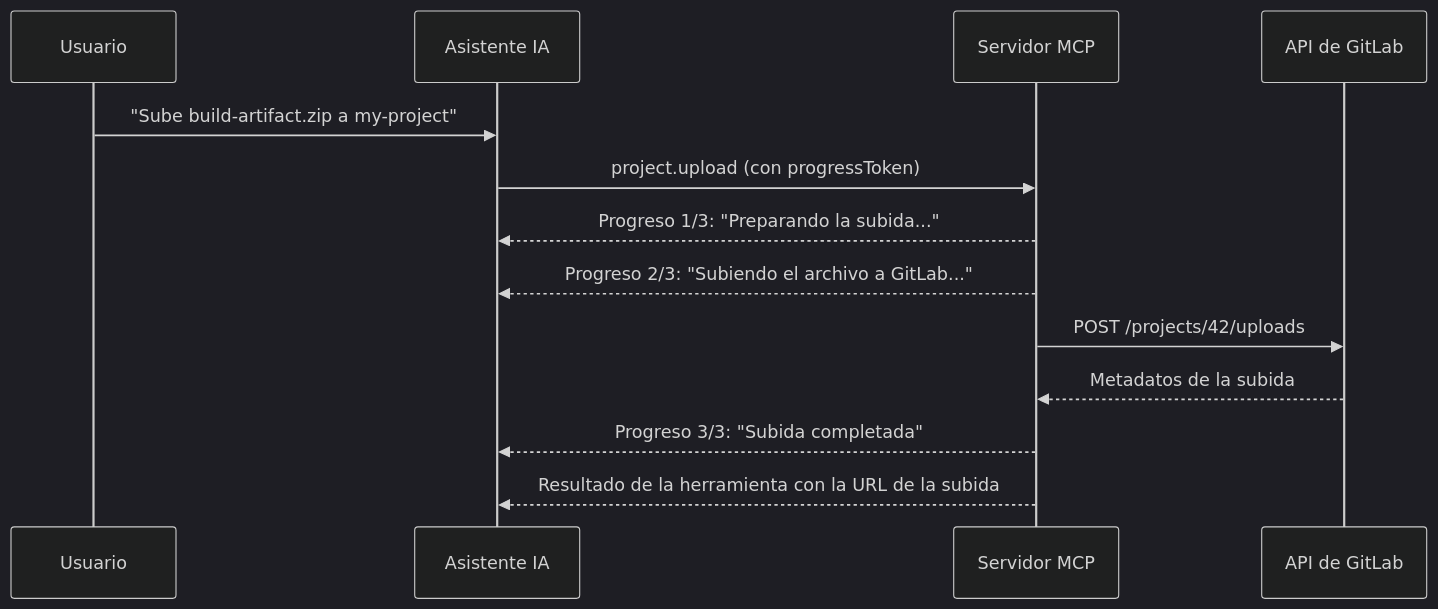
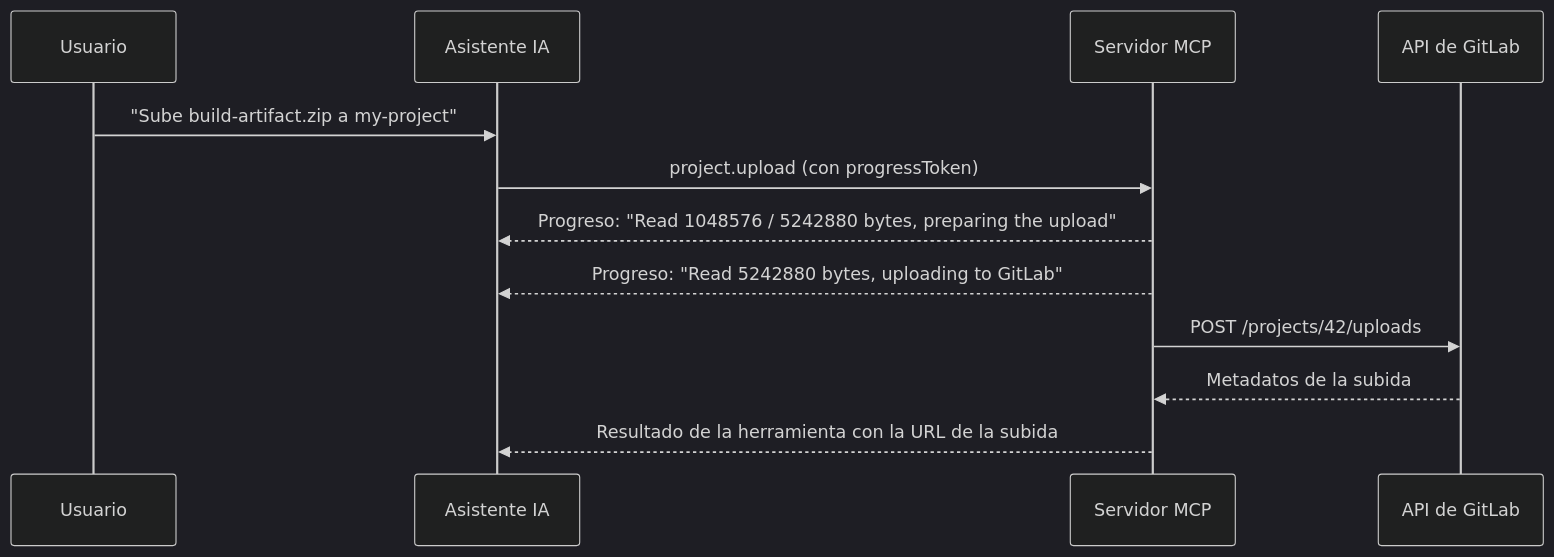
The diagram in site/src/content/docs/es/capabilities/progress.mdx (jmrplens/gitlab-mcp-server), drawn with Mermaid (dark theme) before and after one commit. The commit also changed other lines of this file and 93 other files, not shown here.

````diff
--- a/site/src/content/docs/es/capabilities/progress.mdx
+++ b/site/src/content/docs/es/capabilities/progress.mdx
@@ -26,16 +26,15 @@
 ```mermaid
 sequenceDiagram
     participant U as Usuario
     participant AI as Asistente IA
     participant S as Servidor MCP
     participant GL as API de GitLab
 
     U->>AI: "Sube build-artifact.zip a my-project"
     AI->>S: project.upload (con progressToken)
-    S-->>AI: Progreso 1/3: "Preparando la subida..."
-    S-->>AI: Progreso 2/3: "Subiendo el archivo a GitLab..."
+    S-->>AI: Progreso: "Read 1048576 / 5242880 bytes, preparing the upload"
+    S-->>AI: Progreso: "Read 5242880 bytes, uploading to GitLab"
     S->>GL: POST /projects/42/uploads
     GL-->>S: Metadatos de la subida
-    S-->>AI: Progreso 3/3: "Subida completada"
     S-->>AI: Resultado de la herramienta con la URL de la subida
 ```
````
